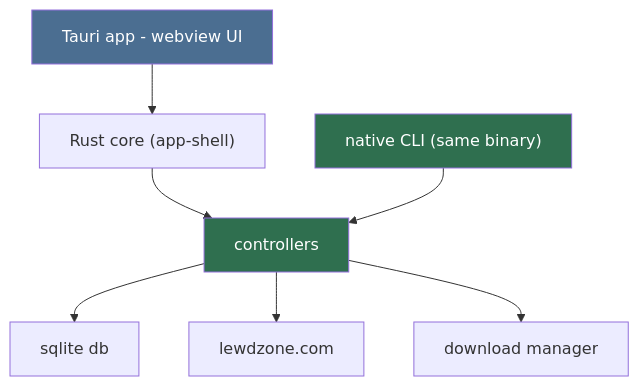
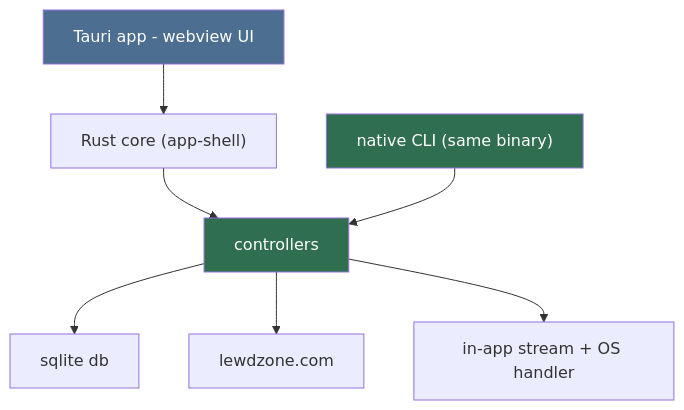
Before and after one commit to HELIX-Origin/LewdZone-Launcher: the first of 3 diagrams in .agents/agents/gui/gui.md, drawn with Mermaid. The commit also changed other lines of this file and 45 other files, not shown here.

````diff
--- a/.agents/agents/gui/gui.md
+++ b/.agents/agents/gui/gui.md
@@ -38,13 +38,13 @@
 ```mermaid
 flowchart TD
     APP["Tauri app - webview UI"] --> SH["Rust core (app-shell)"]
     SH --> CTL[controllers]
     CTL --> SQL["sqlite db"]
     CTL --> SITE["lewdzone.com"]
-    CTL --> DM["download manager"]
+    CTL --> DL["in-app stream + OS handler"]
     CLI["native CLI (same binary)"] --> CTL
 
     style APP fill:#4b6e91,color:#fff
     style CTL fill:#2f6f4f,color:#fff
     style CLI fill:#2f6f4f,color:#fff
 ```
````
